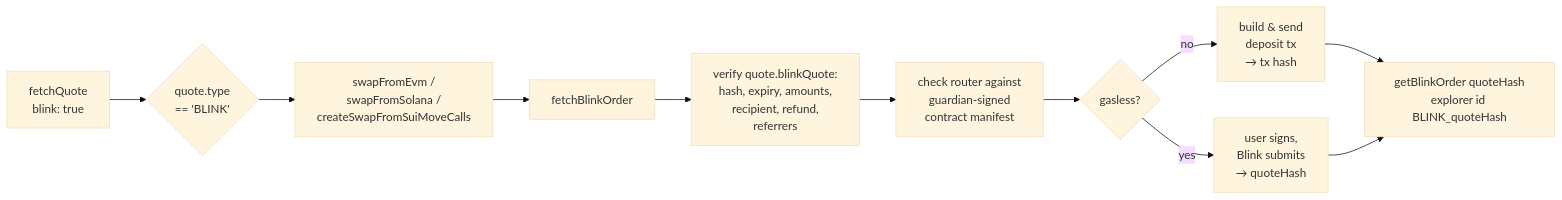
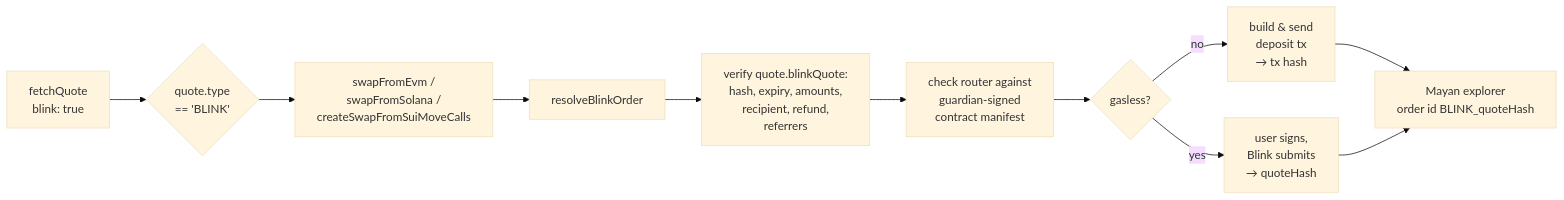
One commit to mayan-finance/swap-sdk changed the first of 3 diagrams in src/blink/blink.md. Above: the diagram before and after it, drawn with Mermaid (base theme). The commit also changed other lines of this file and 20 other files, not shown here.

````diff
--- a/src/blink/blink.md
+++ b/src/blink/blink.md
@@ -67,13 +67,13 @@
 ```mermaid
 flowchart LR
     A[fetchQuote<br/>blink: true] --> B{quote.type<br/>== 'BLINK'}
     B --> C[swapFromEvm /<br/>swapFromSolana /<br/>createSwapFromSuiMoveCalls]
-    C --> D[fetchBlinkOrder]
+    C --> D[resolveBlinkOrder]
     D --> D2[verify quote.blinkQuote:<br/>hash, expiry, amounts,<br/>recipient, refund,<br/>referrers]
     D2 --> D3[check router against<br/>guardian-signed<br/>contract manifest]
     D3 --> E{gasless?}
     E -- no --> F[build & send<br/>deposit tx<br/>→ tx hash]
     E -- yes --> G[user signs,<br/>Blink submits<br/>→ quoteHash]
-    F --> H[getBlinkOrder quoteHash<br/>explorer id BLINK_quoteHash]
+    F --> H[Mayan explorer<br/>order id BLINK_quoteHash]
     G --> H
 ```
````
